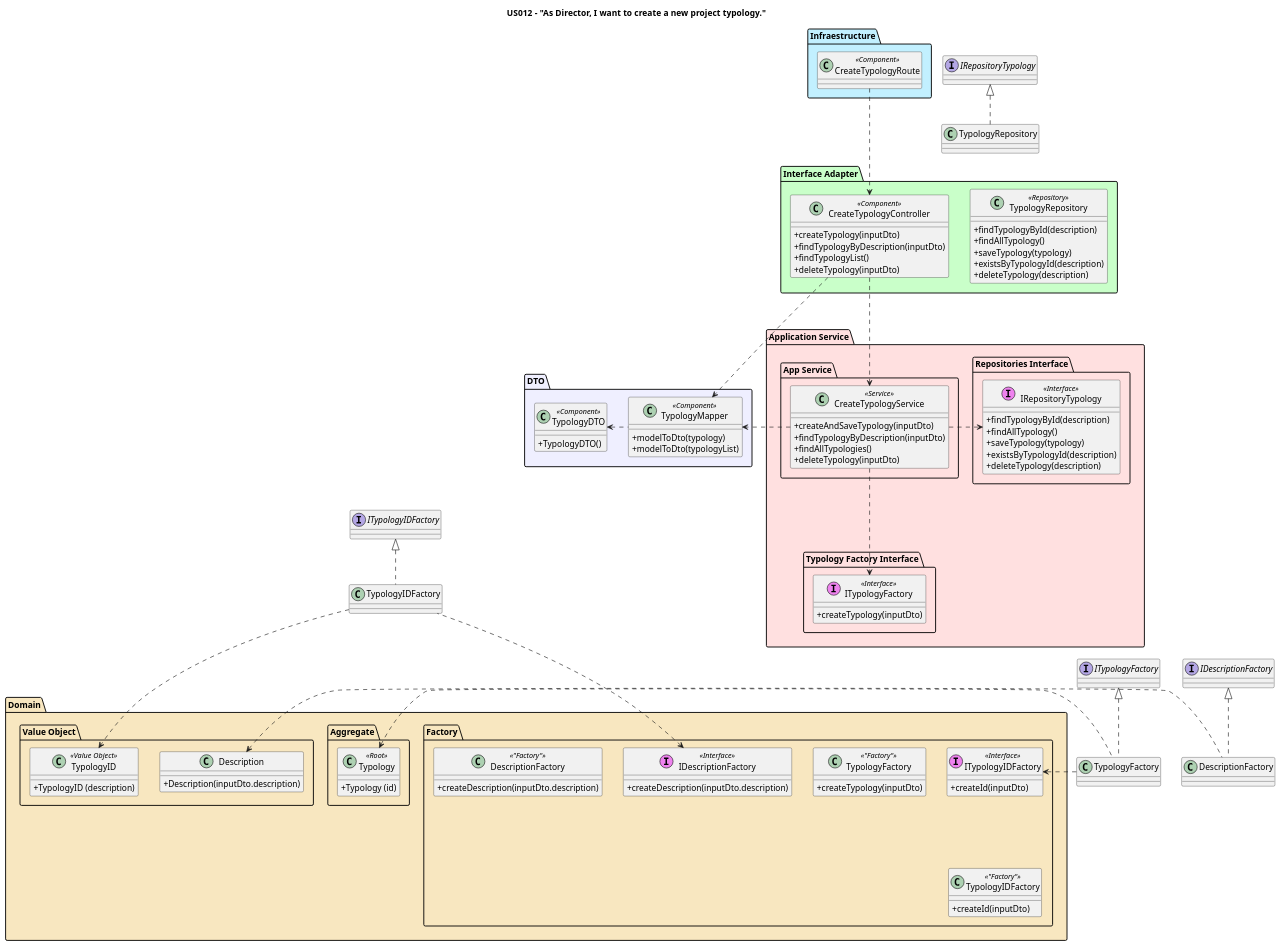
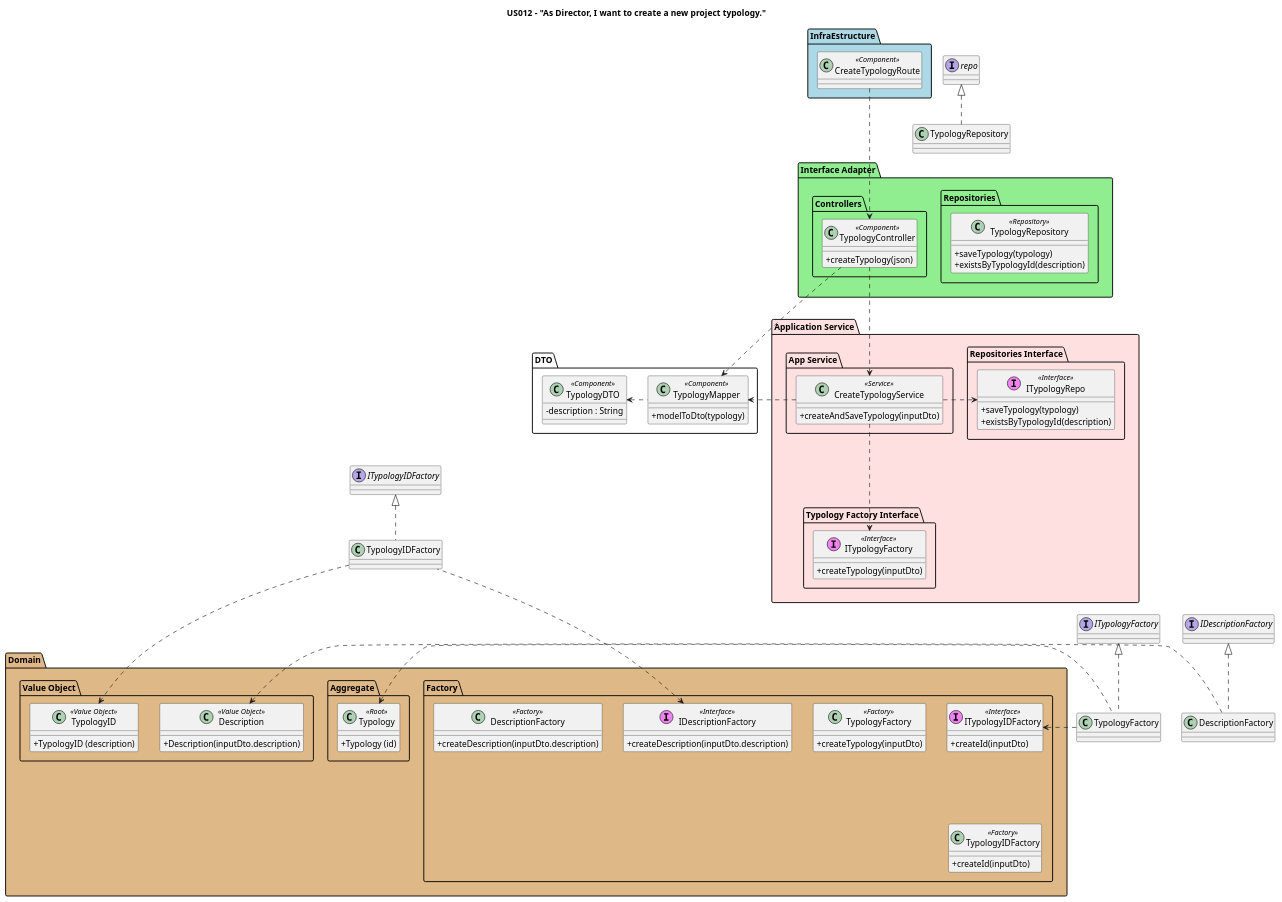
One commit to nunogon1211787/projectManagement changed the diagram in docs/Sprint1/US012/US012-CD.puml. Above: the diagram before and after it, drawn with PlantUML. The commit also changed 31 other files, not shown here.

```diff
--- a/docs/Sprint1/US012/US012-CD.puml
+++ b/docs/Sprint1/US012/US012-CD.puml
@@ -1,121 +1,124 @@
 @startuml
 
 skinparam classAttributeIconSize 0
 
 title US012 - "As Director, I want to create a new project typology."
 
-package "Infraestructure" #application {
+package "InfraEstructure" #lightblue {
     class CreateTypologyRoute <<Component>>{
     }
 }
 
-package "Interface Adapter" #technology {
-    class CreateTypologyController <<Component>>{
-    +createTypology(inputDto)
-    +findTypologyByDescription(inputDto)
-    +findTypologyList()
-    +deleteTypology(inputDto)
+package "Interface Adapter" #lightgreen{
+package "Controllers" <<Folder>>{
+    class TypologyController <<Component>>{
+    +createTypology(json)
+    '+findTypologyByDescription(inputDto)
+    '+findTypologyList()
+    '+deleteTypology(inputDto)
     }
-
+    }
+    package "Repositories" <<Folder>>{
     class TypologyRepository <<Repository>>{
-    +findTypologyById(description)
-    +findAllTypology()
+    '+findTypologyById(description)
+    '+findAllTypology()
     +saveTypology(typology)
     +existsByTypologyId(description)
-    +deleteTypology(description)
+    '+deleteTypology(description)
     }
 }
+}
 
-package "DTO" #motivation {
+package "DTO" {
     class TypologyDTO <<Component>> {
-    +TypologyDTO()
+    -description : String
     }
 
     class TypologyMapper <<Component>> {
     +modelToDto(typology)
-    +modelToDto(typologyList)
+    '+modelToDto(typologyList)
     }
 }
 
 package "Application Service" #implementation {
     package "App Service" {
         class CreateTypologyService <<Service>>{
         +createAndSaveTypology(inputDto)
-        +findTypologyByDescription(inputDto)
-        +findAllTypologies()
-        +deleteTypology(inputDto)
+        '+findTypologyByDescription(inputDto)
+        '+findAllTypologies()
+        '+deleteTypology(inputDto)
         }
     }
     package "Repositories Interface" {
-        class IRepositoryTypology <<(I, Violet) Interface>> {
-            +findTypologyById(description)
-            +findAllTypology()
+        class "ITypologyRepo" as repo <<(I, Violet) Interface>> {
+            '+findTypologyById(description)
+            '+findAllTypology()
             +saveTypology(typology)
             +existsByTypologyId(description)
-            +deleteTypology(description)
+            '+deleteTypology(description)
         }
     }
     package "Typology Factory Interface" {
     class ITypologyFactory <<(I, Violet) Interface>> {
             +createTypology(inputDto)
             }
     }
 }
 
 
-package "Domain" #strategy {
+package "Domain" #burlywood  {
     package "Factory" {
-        class TypologyFactory <<"Factory">> {
+        class TypologyFactory <<Factory>> {
         +createTypology(inputDto)
         }
 
-        class TypologyIDFactory <<"Factory">> {
+        class TypologyIDFactory <<Factory>> {
         +createId(inputDto)
         }
         class ITypologyIDFactory <<(I, Violet) Interface>> {
         +createId(inputDto)
         }
-        class DescriptionFactory <<"Factory">> {
+        class DescriptionFactory <<Factory>> {
         +createDescription(inputDto.description)
         }
         class IDescriptionFactory <<(I, Violet) Interface>> {
         +createDescription(inputDto.description)
         }
     }
 
     package "Aggregate" {
         class Typology <<Root>>{
             +Typology (id)
         }
     }
     package "Value Object"  {
         class TypologyID <<Value Object>>{
         +TypologyID (description)
         }
-        class Description {
+        class Description <<Value Object>>{
         +Description(inputDto.description)
         }
     }
 }
 
-CreateTypologyRoute -down..> CreateTypologyController
-CreateTypologyController -down..> CreateTypologyService
-CreateTypologyController -right..> TypologyMapper
+CreateTypologyRoute -down..> TypologyController
+TypologyController -down..> CreateTypologyService
+TypologyController -right..> TypologyMapper
 CreateTypologyService -right..> TypologyMapper
 TypologyMapper -left..>TypologyDTO
-CreateTypologyService -right..> IRepositoryTypology
+CreateTypologyService -right..> repo
 CreateTypologyService -down..> ITypologyFactory
 TypologyFactory -up[hidden]..> ITypologyFactory
 class TypologyFactory implements ITypologyFactory
 TypologyFactory -left..> Typology
-IRepositoryTypology -up[hidden]..> TypologyRepository
-class TypologyRepository implements IRepositoryTypology
+repo -up[hidden]..> TypologyRepository
+class TypologyRepository implements repo
 TypologyFactory -right..> ITypologyIDFactory
 TypologyIDFactory -up[hidden]..> ITypologyIDFactory
 class TypologyIDFactory implements ITypologyIDFactory
 TypologyIDFactory -down..> TypologyID
 TypologyIDFactory -left..> IDescriptionFactory
 class DescriptionFactory implements IDescriptionFactory
 DescriptionFactory -left..> Description
 
 @enduml
```
